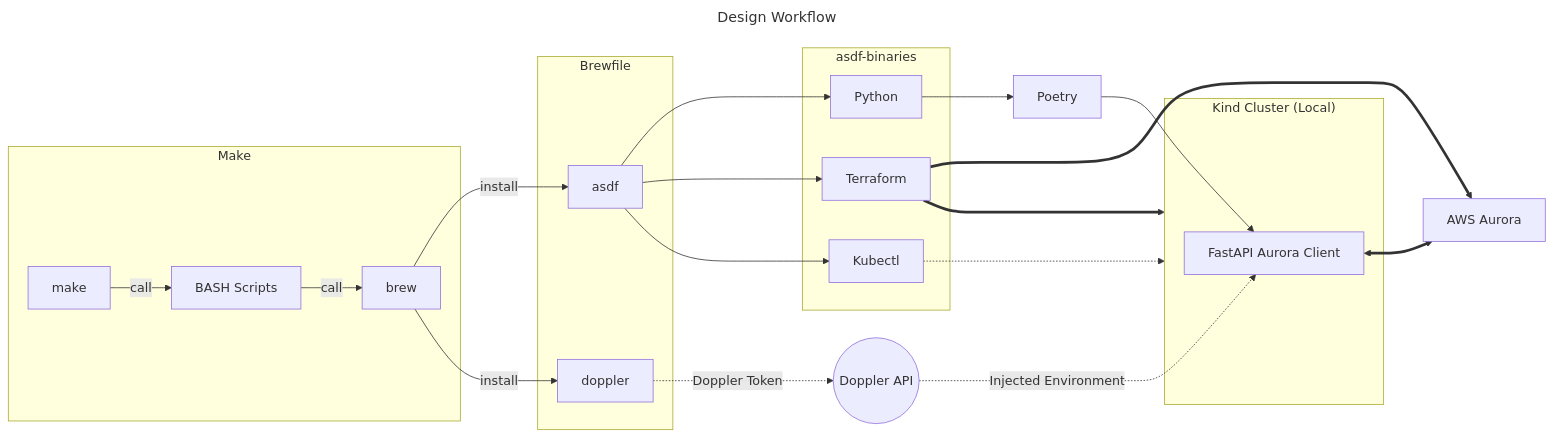
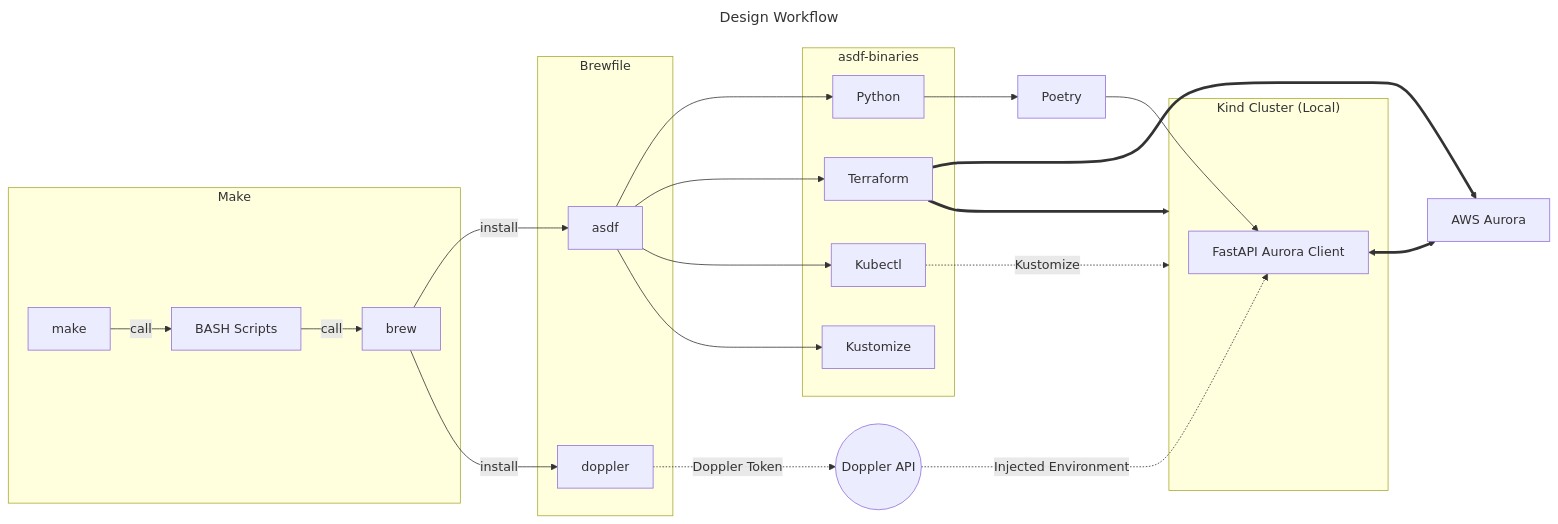
One commit to philipdelorenzo/fuzzy-helium-meme changed the diagram in README.md. Above: the diagram before and after it, drawn with Mermaid. The commit also changed other lines of this file, not shown here.

Commit message:
docs: add flowchart to show how the app works locally

````diff
--- a/README.md
+++ b/README.md
@@ -30,33 +33,34 @@
 ```mermaid
 ---
 title: Design Workflow
 ---
 flowchart LR
 
 subgraph "Make"
 
     make -->|call| bash["BASH Scripts"] -->|call| brew
 end
 
 subgraph "Brewfile"
     brew -->|install| asdf
     brew -->|install| doppler
 end
 
 subgraph "asdf-binaries"
     asdf --> Python
     asdf --> Terraform
     asdf --> Kubectl
+    asdf --> Kustomize
 end
 
 subgraph kind["Kind Cluster (Local)"]
     app
 end
 
 Terraform ===> kind["Kind Cluster (Local)"]
 Terraform ===> aurora["AWS Aurora"]
-Kubectl -.-> kind
+Kubectl -.->|Kustomize| kind
 Python --> Poetry --> app[FastAPI Aurora Client]
 doppler -.->|Doppler Token| d-api((Doppler API)) -.-> |Injected Environment| app
 app <==> aurora
 ```
````
